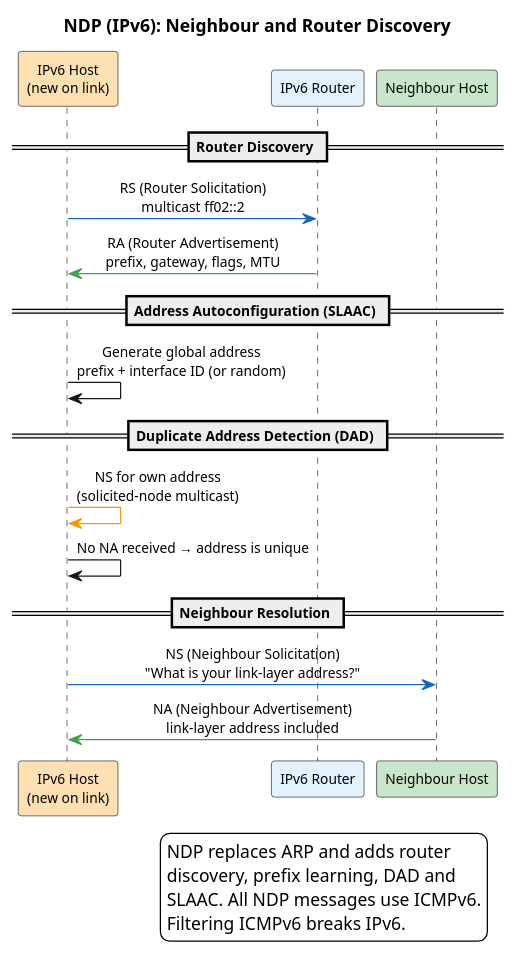
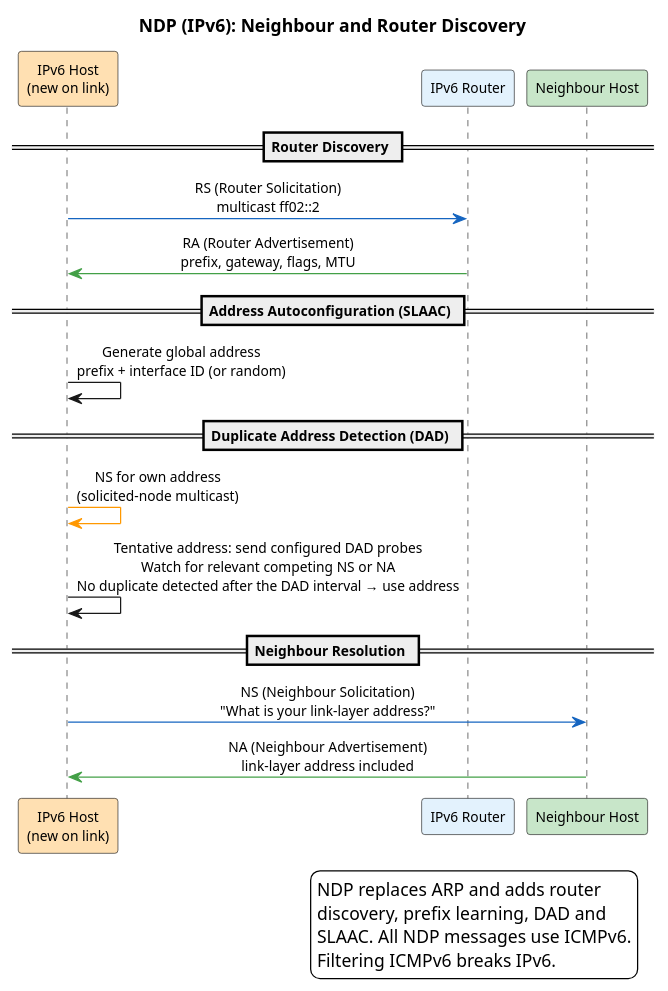
The diagram in 03_LECTURES/C06/assets/puml/fig-ndp.puml (antonioclim/COMPNET-EN), drawn with PlantUML before and after one commit. The commit also changed 551 other files, not shown here.

```diff
--- a/03_LECTURES/C06/assets/puml/fig-ndp.puml
+++ b/03_LECTURES/C06/assets/puml/fig-ndp.puml
@@ -1,39 +1,39 @@
 @startuml fig-ndp
 skinparam backgroundColor white
 skinparam defaultFontName Arial
 skinparam defaultFontSize 11
 skinparam shadowing false
 skinparam sequenceMessageAlign center
 
 title NDP (IPv6): Neighbour and Router Discovery
 
 participant "IPv6 Host\n(new on link)" as H #FFE0B2
 participant "IPv6 Router" as R #E3F2FD
 participant "Neighbour Host" as N #C8E6C9
 
 == Router Discovery ==
 
 H -[#1565C0]> R : RS (Router Solicitation)\nmulticast ff02::2
 R -[#43A047]> H : RA (Router Advertisement)\nprefix, gateway, flags, MTU
 
 == Address Autoconfiguration (SLAAC) ==
 
 H -> H : Generate global address\nprefix + interface ID (or random)
 
 == Duplicate Address Detection (DAD) ==
 
 H -[#FF9800]> H : NS for own address\n(solicited-node multicast)
-H -> H : No NA received → address is unique
+H -> H : Tentative address: send configured DAD probes\nWatch for relevant competing NS or NA\nNo duplicate detected after the DAD interval → use address
 
 == Neighbour Resolution ==
 
 H -[#1565C0]> N : NS (Neighbour Solicitation)\n"What is your link-layer address?"
 N -[#43A047]> H : NA (Neighbour Advertisement)\nlink-layer address included
 
 legend right
   NDP replaces ARP and adds router
   discovery, prefix learning, DAD and
   SLAAC. All NDP messages use ICMPv6.
   Filtering ICMPv6 breaks IPv6.
 endlegend
 @enduml
```
